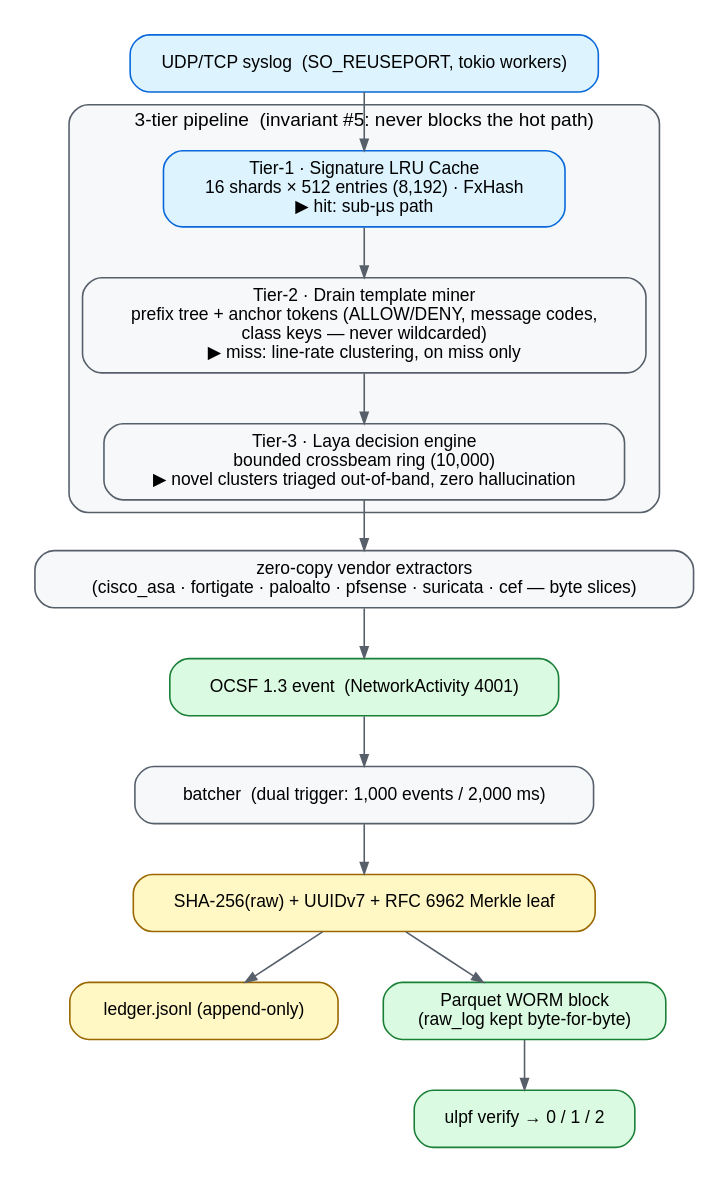
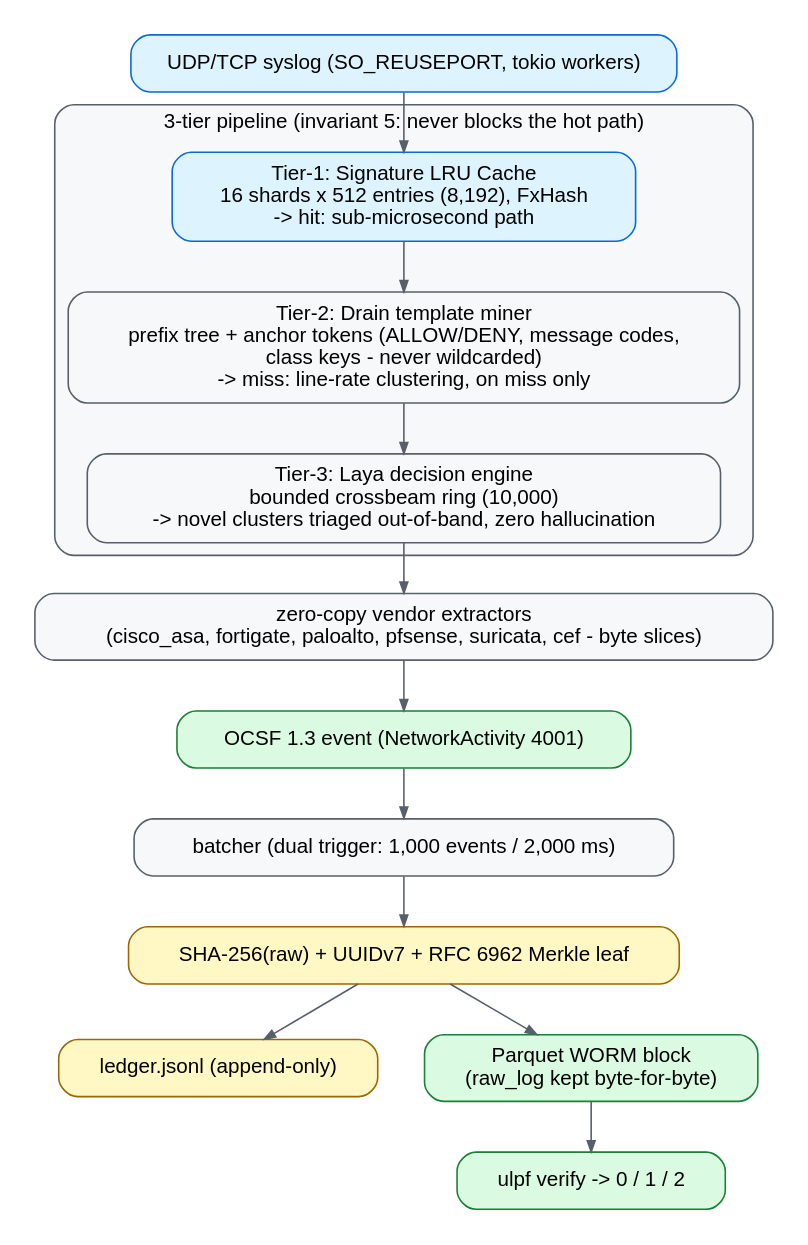
The diagram in docs/diagrams/three-tier-pipeline.dot (animishraa05/layaRustparser), drawn with Graphviz before and after one commit. The commit also changed 11 other files, not shown here.

First line of the commit message:
docs(diagrams): rewrite 6 DOT labels to ASCII-only plain English

```diff
--- a/docs/diagrams/three-tier-pipeline.dot
+++ b/docs/diagrams/three-tier-pipeline.dot
@@ -1,32 +1,33 @@
-// ULPF 3-tier decision pipeline + integrity chain — source for README.md §3.
+// ULPF 3-tier decision pipeline + integrity chain - source for README.md section 3.
 // Regenerate: dot -Tsvg docs/diagrams/three-tier-pipeline.dot -o docs/diagrams/three-tier-pipeline.svg
+// Rule: ASCII-only label text (no unicode symbols - some renderers show tofu).
 digraph three_tier {
   graph [rankdir=TB, bgcolor="white", pad="0.2", nodesep="0.4", ranksep="0.45", fontname="Helvetica"];
-  node [shape="box", style="filled,rounded", fillcolor="#f6f8fa", color="#57606a", fontname="Helvetica", fontsize="11", margin="0.16,0.09"];
-  edge [color="#57606a", fontname="Helvetica", fontsize="10", arrowsize="0.7"];
+  node [shape="box", style="filled,rounded", fillcolor="#f6f8fa", color="#57606a", fontname="Helvetica", fontsize="13", margin="0.18,0.10"];
+  edge [color="#57606a", fontname="Helvetica", fontsize="11", arrowsize="0.7"];
 
-  input [label="UDP/TCP syslog  (SO_REUSEPORT, tokio workers)", fillcolor="#ddf4ff", color="#0969da"];
+  input [label="UDP/TCP syslog (SO_REUSEPORT, tokio workers)", fillcolor="#ddf4ff", color="#0969da"];
 
   subgraph cluster_tiers {
-    label="3-tier pipeline  (invariant #5: never blocks the hot path)";
-    labelloc="t"; style="rounded,filled"; fillcolor="#f6f8fa"; color="#57606a"; fontsize="12";
-    t1 [label="Tier-1 · Signature LRU Cache\n16 shards × 512 entries (8,192) · FxHash\n▶ hit: sub-µs path", fillcolor="#ddf4ff", color="#0969da"];
-    t2 [label="Tier-2 · Drain template miner\nprefix tree + anchor tokens (ALLOW/DENY, message codes,\nclass keys — never wildcarded)\n▶ miss: line-rate clustering, on miss only"];
-    t3 [label="Tier-3 · Laya decision engine\nbounded crossbeam ring (10,000)\n▶ novel clusters triaged out-of-band, zero hallucination"];
+    label="3-tier pipeline (invariant 5: never blocks the hot path)";
+    labelloc="t"; style="rounded,filled"; fillcolor="#f6f8fa"; color="#57606a"; fontsize="13";
+    t1 [label="Tier-1: Signature LRU Cache\n16 shards x 512 entries (8,192), FxHash\n-> hit: sub-microsecond path", fillcolor="#ddf4ff", color="#0969da"];
+    t2 [label="Tier-2: Drain template miner\nprefix tree + anchor tokens (ALLOW/DENY, message codes,\nclass keys - never wildcarded)\n-> miss: line-rate clustering, on miss only"];
+    t3 [label="Tier-3: Laya decision engine\nbounded crossbeam ring (10,000)\n-> novel clusters triaged out-of-band, zero hallucination"];
     t1 -> t2 -> t3;
   }
 
-  extract [label="zero-copy vendor extractors\n(cisco_asa · fortigate · paloalto · pfsense · suricata · cef — byte slices)"];
-  ocsf    [label="OCSF 1.3 event  (NetworkActivity 4001)", fillcolor="#dafbe1", color="#1a7f37"];
-  batch   [label="batcher  (dual trigger: 1,000 events / 2,000 ms)"];
+  extract [label="zero-copy vendor extractors\n(cisco_asa, fortigate, paloalto, pfsense, suricata, cef - byte slices)"];
+  ocsf    [label="OCSF 1.3 event (NetworkActivity 4001)", fillcolor="#dafbe1", color="#1a7f37"];
+  batch   [label="batcher (dual trigger: 1,000 events / 2,000 ms)"];
   leaf    [label="SHA-256(raw) + UUIDv7 + RFC 6962 Merkle leaf", fillcolor="#fff8c5", color="#9a6700"];
   ledger  [label="ledger.jsonl (append-only)", fillcolor="#fff8c5", color="#9a6700"];
   worm    [label="Parquet WORM block\n(raw_log kept byte-for-byte)", fillcolor="#dafbe1", color="#1a7f37"];
-  verify  [label="ulpf verify → 0 / 1 / 2", fillcolor="#dafbe1", color="#1a7f37"];
+  verify  [label="ulpf verify -> 0 / 1 / 2", fillcolor="#dafbe1", color="#1a7f37"];
 
   input -> t1;
   t3 -> extract;
   extract -> ocsf -> batch -> leaf;
   leaf -> ledger;
   leaf -> worm -> verify;
 }
```
